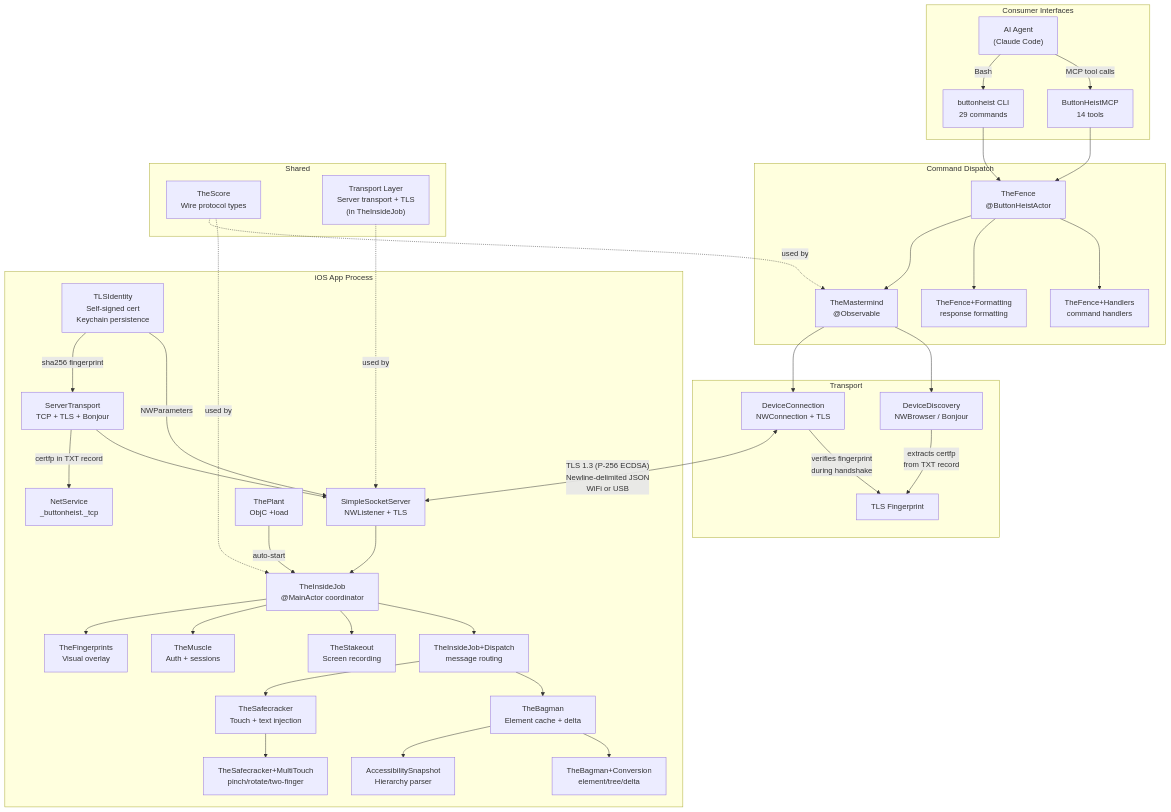
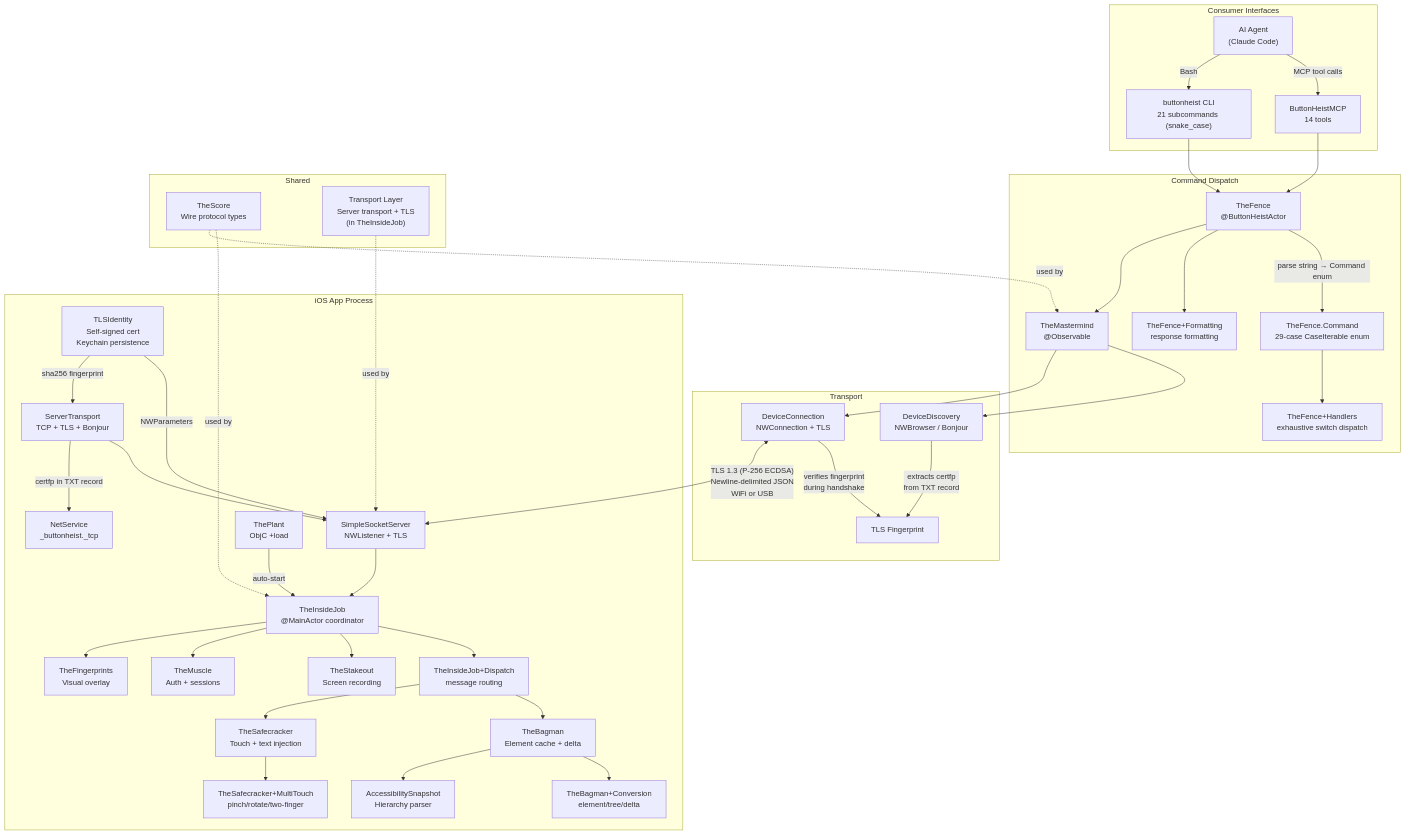
Before and after one commit to RoyalPineapple/TheButtonHeist: the diagram in .rp1/context/architecture.md, drawn with Mermaid. The commit also changed other lines of this file and 8 other files, not shown here.

````diff
--- a/.rp1/context/architecture.md
+++ b/.rp1/context/architecture.md
@@ -7,51 +7,52 @@
 ```mermaid
 graph TB
     subgraph consumers["Consumer Interfaces"]
         Agent["AI Agent<br/>(Claude Code)"] -->|MCP tool calls| MCP["ButtonHeistMCP<br/>14 tools"]
-        Agent -->|Bash| CLI["buttonheist CLI<br/>29 commands"]
+        Agent -->|Bash| CLI["buttonheist CLI<br/>21 subcommands (snake_case)"]
     end
 
     subgraph dispatch["Command Dispatch"]
         MCP --> TF["TheFence<br/>@ButtonHeistActor"]
         CLI --> TF
-        TF --> TFH["TheFence+Handlers<br/>command handlers"]
+        TF -->|"parse string → Command enum"| CMD["TheFence.Command<br/>29-case CaseIterable enum"]
+        CMD --> TFH["TheFence+Handlers<br/>exhaustive switch dispatch"]
         TF --> TFF["TheFence+Formatting<br/>response formatting"]
         TF --> TM["TheMastermind<br/>@Observable"]
     end
 
     subgraph transport["Transport"]
         TM --> DD["DeviceDiscovery<br/>NWBrowser / Bonjour"]
         DD -->|extracts certfp<br/>from TXT record| FP["TLS Fingerprint"]
         TM --> DC["DeviceConnection<br/>NWConnection + TLS"]
         DC -->|verifies fingerprint<br/>during handshake| FP
     end
 
     DC <-->|"TLS 1.3 (P-256 ECDSA)<br/>Newline-delimited JSON<br/>WiFi or USB"| SS
 
     subgraph ios["iOS App Process"]
         TLSI["TLSIdentity<br/>Self-signed cert<br/>Keychain persistence"] -->|NWParameters| SS
         TLSI -->|sha256 fingerprint| ST
         SS["SimpleSocketServer<br/>NWListener + TLS"] --> IJ["TheInsideJob<br/>@MainActor coordinator"]
         ST["ServerTransport<br/>TCP + TLS + Bonjour"] --> SS
         ST -->|certfp in TXT record| Bonjour["NetService<br/>_buttonheist._tcp"]
         IJ --> IJD["TheInsideJob+Dispatch<br/>message routing"]
         IJD --> TBag["TheBagman<br/>Element cache + delta"]
         IJD --> TSC["TheSafecracker<br/>Touch + text injection"]
         TBag --> TBC["TheBagman+Conversion<br/>element/tree/delta"]
         TSC --> TSCM["TheSafecracker+MultiTouch<br/>pinch/rotate/two-finger"]
         IJ --> TSt["TheStakeout<br/>Screen recording"]
         IJ --> TMu["TheMuscle<br/>Auth + sessions"]
         IJ --> TFP["TheFingerprints<br/>Visual overlay"]
         TP["ThePlant<br/>ObjC +load"] -->|auto-start| IJ
         TBag --> ASP["AccessibilitySnapshot<br/>Hierarchy parser"]
     end
 
     subgraph shared["Shared"]
         TS["TheScore<br/>Wire protocol types"]
         TG["Transport Layer<br/>Server transport + TLS<br/>(in TheInsideJob)"]
     end
 
     TS -.->|used by| IJ
     TS -.->|used by| TM
     TG -.->|used by| SS
 ```
````
